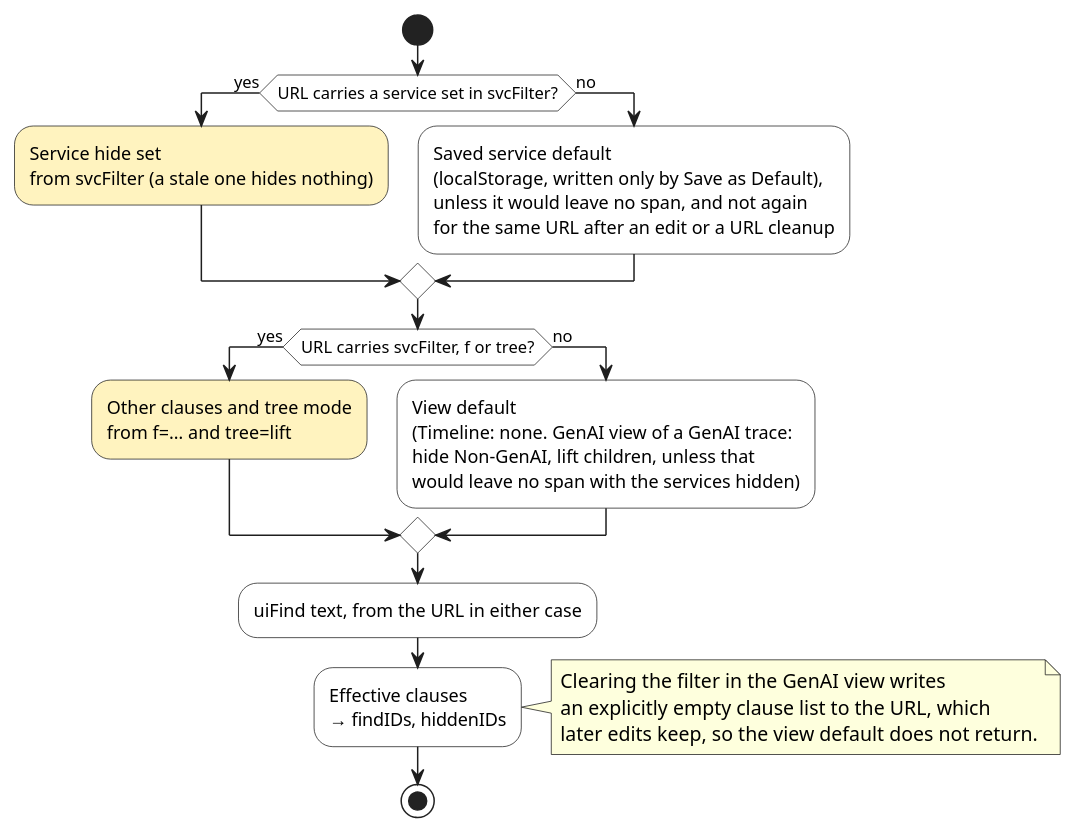
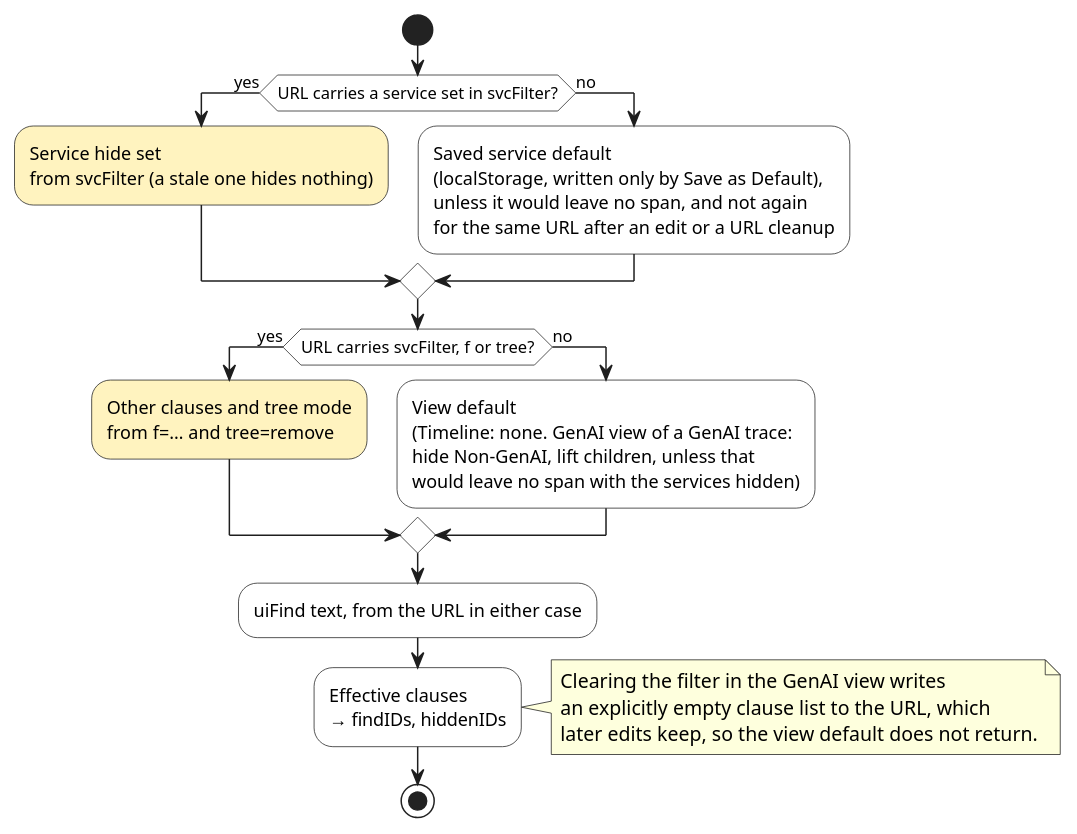
The diagram in docs/rfc/0009/precedence.puml (jaegertracing/jaeger-ui), drawn with PlantUML before and after one commit. The commit also changed 2 other files, not shown here.

Commit message:
docs(rfc): Make lift the default tree mode

```diff
--- a/docs/rfc/0009/precedence.puml
+++ b/docs/rfc/0009/precedence.puml
@@ -2,36 +2,36 @@
 @startuml
 skinparam shadowing false
 skinparam defaultFontName Helvetica
 skinparam ActivityBackgroundColor #ffffff
 skinparam ActivityBorderColor #1e1e1e
 skinparam ArrowColor #1e1e1e
 
 start
 if (URL carries a service set in svcFilter?) then (yes)
   #fff3bf:Service hide set
   from svcFilter (a stale one hides nothing);
 else (no)
   :Saved service default
   (localStorage, written only by Save as Default),
   unless it would leave no span, and not again
   for the same URL after an edit or a URL cleanup;
 endif
 if (URL carries svcFilter, f or tree?) then (yes)
   #fff3bf:Other clauses and tree mode
-  from f=… and tree=lift;
+  from f=… and tree=remove;
 else (no)
   :View default
   (Timeline: none. GenAI view of a GenAI trace:
   hide Non-GenAI, lift children, unless that
   would leave no span with the services hidden);
 endif
 :uiFind text, from the URL in either case;
 :Effective clauses
 → findIDs, hiddenIDs;
 note right
   Clearing the filter in the GenAI view writes
   an explicitly empty clause list to the URL, which
   later edits keep, so the view default does not return.
 end note
 stop
 @enduml
```
